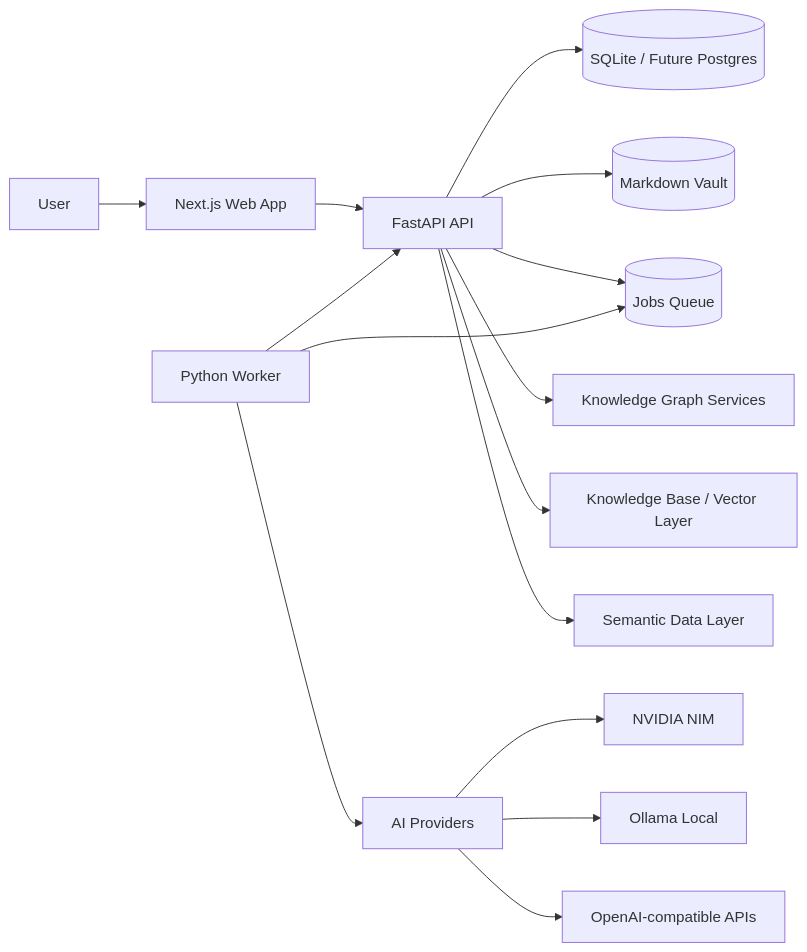
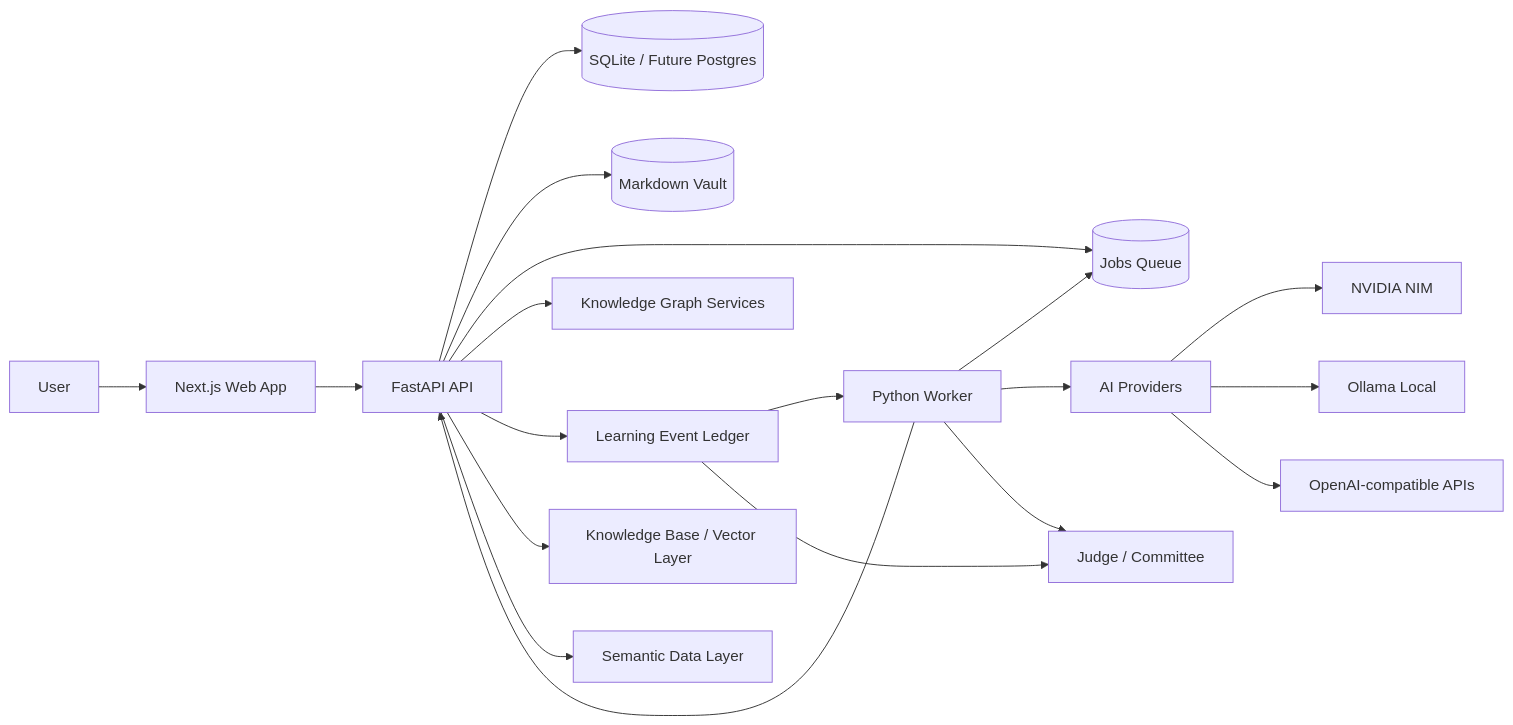
Before and after one commit to imsouza/berrybrain: the first of 6 diagrams in README.md, drawn with Mermaid. The commit also changed other lines of this file and 158 other files, not shown here.

First line of the commit message:
feat(graph): add feedback-guided ontology

````diff
--- a/README.md
+++ b/README.md
@@ -331,17 +359,21 @@
 ```mermaid
 flowchart LR
   User[User] --> Web[Next.js Web App]
   Web --> API[FastAPI API]
   API --> DB[(SQLite / Future Postgres)]
   API --> Vault[(Markdown Vault)]
   API --> Jobs[(Jobs Queue)]
   Worker[Python Worker] --> Jobs
   Worker --> API
   Worker --> Providers[AI Providers]
   Providers --> NIM[NVIDIA NIM]
   Providers --> Ollama[Ollama Local]
   Providers --> Other[OpenAI-compatible APIs]
   API --> Graph[Knowledge Graph Services]
+  API --> Feedback[Learning Event Ledger]
+  Feedback --> Worker
+  Feedback --> Judge[Judge / Committee]
+  Worker --> Judge
   API --> KB[Knowledge Base / Vector Layer]
   API --> SDL[Semantic Data Layer]
 ```
````
